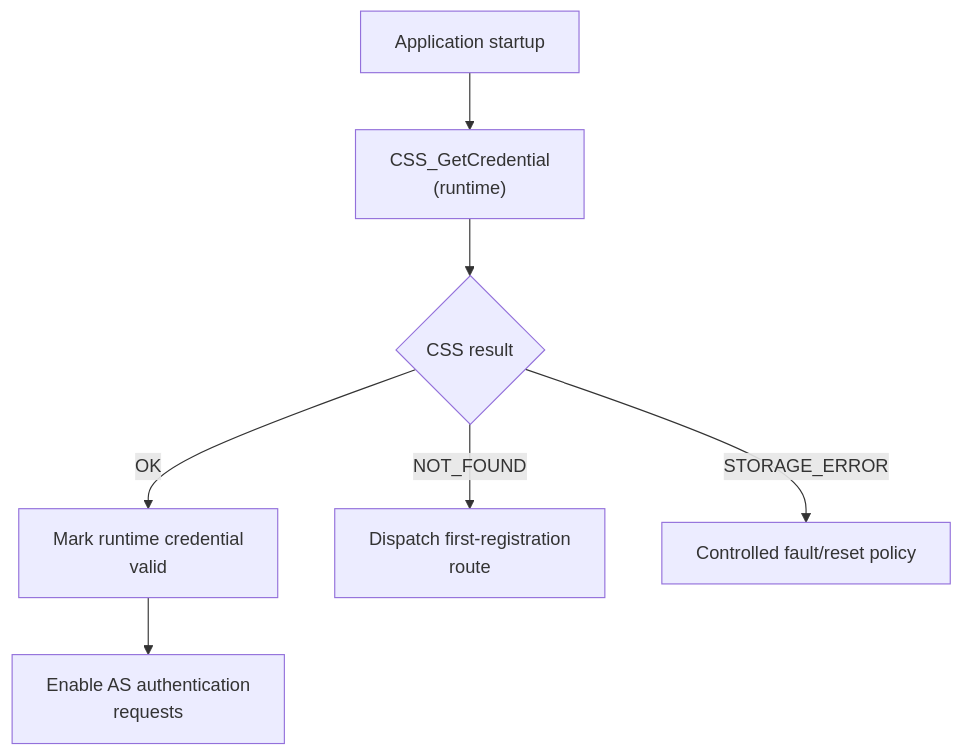
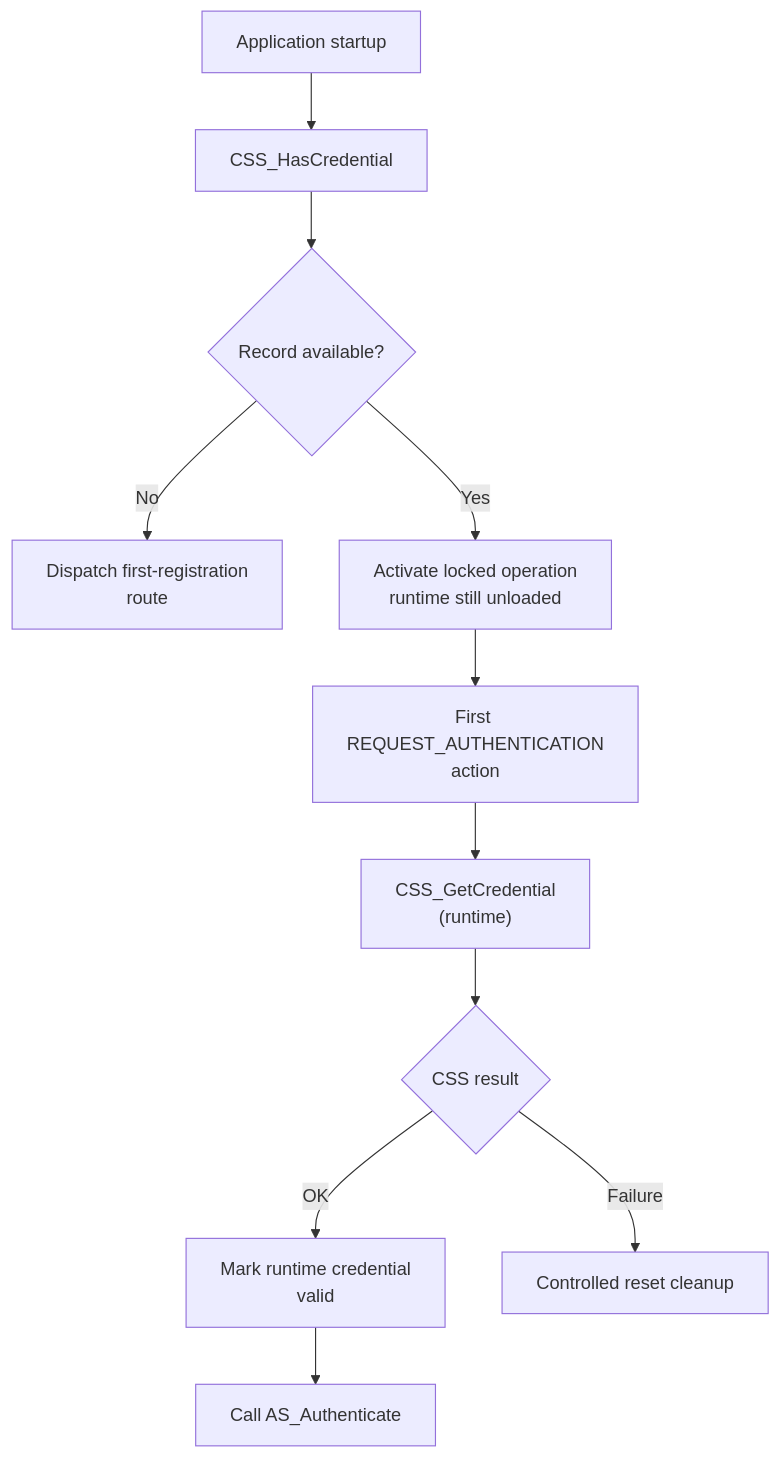
The fourth of 4 diagrams in Libs/Services/Authentication/README.md (JP-REY/STM32F103C8T6-Based-Electronic-Lock), drawn with Mermaid before and after one commit. The commit also changed other lines of this file and 22 other files, not shown here.

First line of the commit message:
docs: update project architecture and module documentation

````diff
--- a/Libs/Services/Authentication/README.md
+++ b/Libs/Services/Authentication/README.md
@@ -485,9 +489,13 @@
 ```mermaid
 flowchart TD
-    BOOT["Application startup"] --> GET["CSS_GetCredential<br/>(runtime)"]
+    BOOT["Application startup"] --> HAS["CSS_HasCredential"]
+    HAS --> AVAILABLE{"Record available?"}
+    AVAILABLE -->|"No"| REGISTER["Dispatch first-registration <br/>route"]
+    AVAILABLE -->|"Yes"| LOCKED["Activate locked operation<br/>runtime still unloaded"]
+    LOCKED --> REQUEST["First REQUEST_AUTHENTICATION<br/>action"]
+    REQUEST --> GET["CSS_GetCredential<br/>(runtime)"]
     GET --> RESULT{"CSS result"}
     RESULT -->|"OK"| READY["Mark runtime credential <br/>valid"]
-    RESULT -->|"NOT_FOUND"| REGISTER["Dispatch first-registration <br/>route"]
-    RESULT -->|"STORAGE_ERROR"| FAULT["Controlled fault/reset policy"]
-    READY --> AUTH["Enable AS authentication <br/>requests"]
+    RESULT -->|"Failure"| FAULT["Controlled reset cleanup"]
+    READY --> AUTH["Call AS_Authenticate"]
 ```
````
